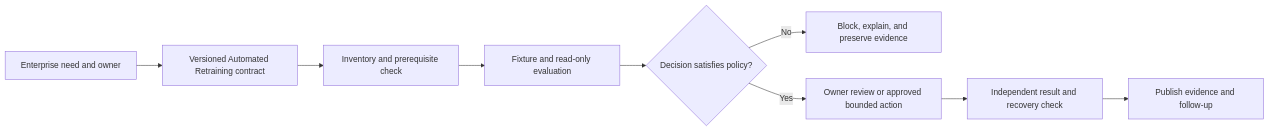
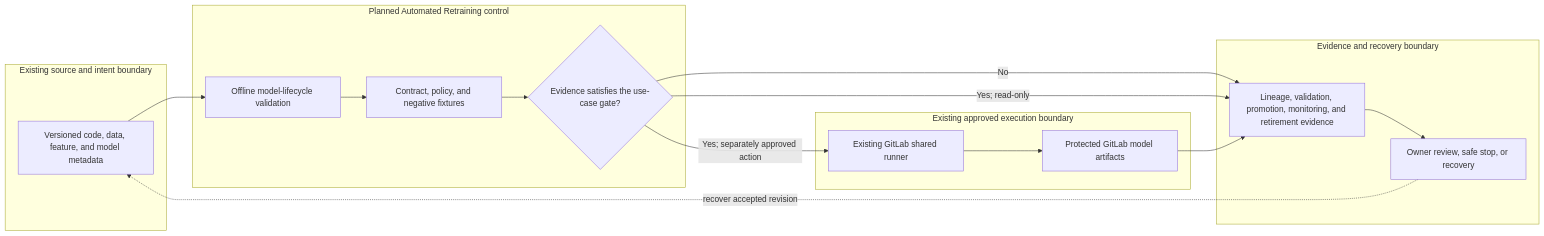
Before and after one commit to MIDHTECH/enterprise-architecture-docs: the diagram in docs/use-cases/mlops/UC-MLOPS-010-automated-retraining.md, drawn with Mermaid. The commit also changed other lines of this file and 227 other files, not shown here.

Commit message:
Deepen architecture for all use case designs

````diff
--- a/docs/use-cases/mlops/UC-MLOPS-010-automated-retraining.md
+++ b/docs/use-cases/mlops/UC-MLOPS-010-automated-retraining.md
@@ -136,11 +129,25 @@
 ```mermaid
 flowchart LR
-    Need["Enterprise need and owner"] --> Contract["Versioned Automated Retraining contract"]
-    Contract --> Preflight["Inventory and prerequisite check"]
-    Preflight --> Evaluate["Fixture and read-only evaluation"]
-    Evaluate --> Decision{"Decision satisfies policy?"}
-    Decision -->|No| Stop["Block, explain, and preserve evidence"]
-    Decision -->|Yes| Review["Owner review or approved bounded action"]
-    Review --> Verify["Independent result and recovery check"]
-    Verify --> Publish["Publish evidence and follow-up"]
+    subgraph Source["Existing source and intent boundary"]
+        A["Versioned code, data, feature, and model metadata"]
+    end
+    subgraph Planned["Planned Automated Retraining control"]
+        B["Offline model-lifecycle validation"]
+        C["Contract, policy, and negative fixtures"]
+        D{"Evidence satisfies the use-case gate?"}
+    end
+    subgraph Runtime["Existing approved execution boundary"]
+        E["Existing GitLab shared runner"]
+        F["Protected GitLab model artifacts"]
+    end
+    subgraph Assurance["Evidence and recovery boundary"]
+        G["Lineage, validation, promotion, monitoring, and retirement evidence"]
+        H["Owner review, safe stop, or recovery"]
+    end
+
+    A --> B --> C --> D
+    D -->|No| G --> H
+    D -->|Yes; read-only| G
+    D -->|Yes; separately approved action| E --> F --> G
+    H -. recover accepted revision .-> A
 ```
````
